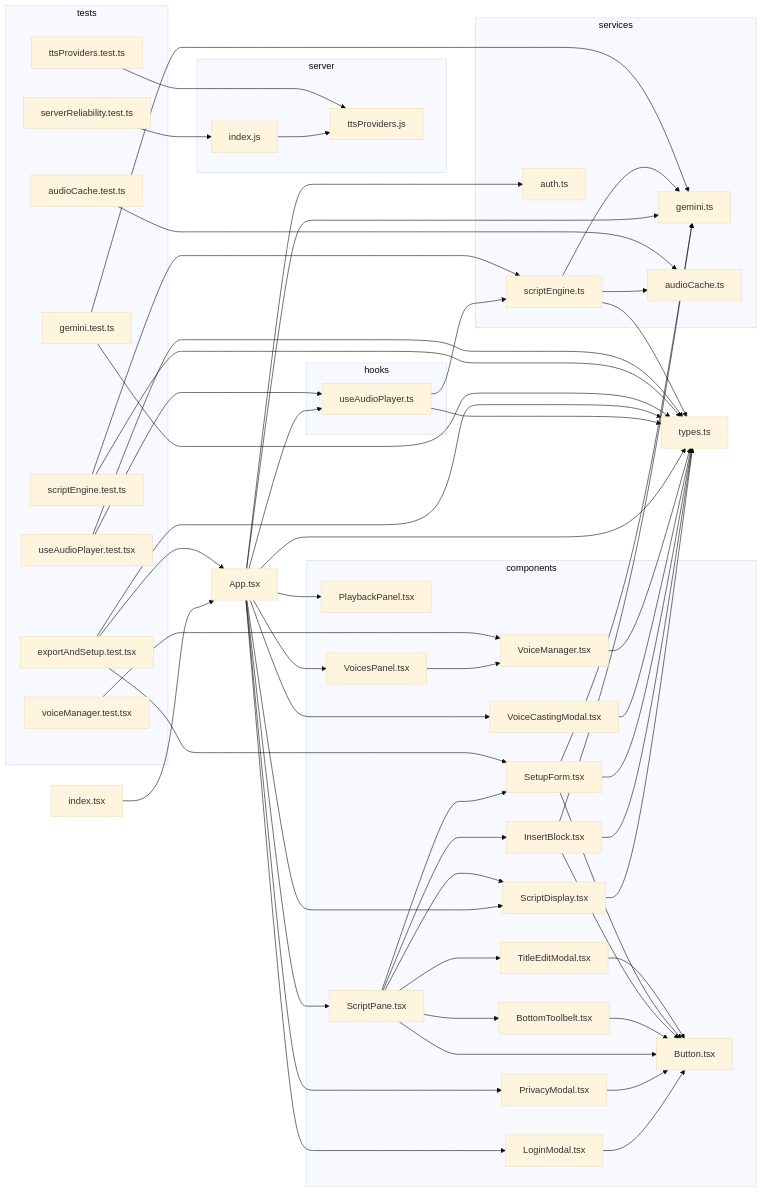
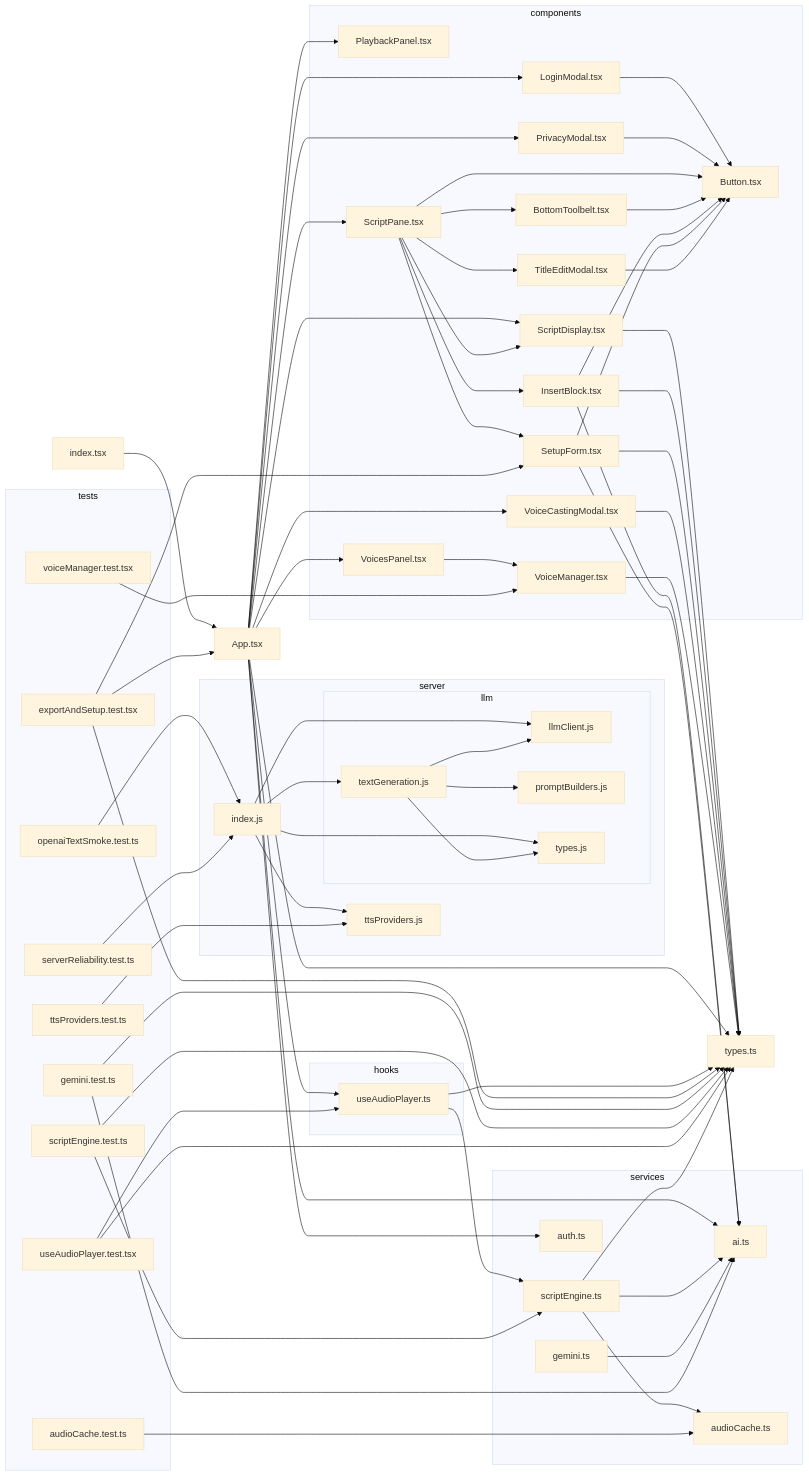
Before and after one commit to seanzmc/Script-Seance: the diagram in docs/dependency-graph.mmd, drawn with Mermaid (base theme).

Commit message:
Update dependency graph for LLM abstraction layer
Reflects the introduction of a modular LLM subsystem on the server,
replacing the single gemini service with an abstract AI service layer
and adding dedicated modules for LLM client, text generation, and
prompt building.

Also adds an OpenAI smoke test and reorganizes node identifiers
to accommodate the new structure.

```diff
--- a/docs/dependency-graph.mmd
+++ b/docs/dependency-graph.mmd
@@ -1,94 +1,110 @@
 flowchart LR
 
 0["App.tsx"]
 subgraph 1["components"]
 2["LoginModal.tsx"]
 3["Button.tsx"]
 4["PlaybackPanel.tsx"]
 5["PrivacyModal.tsx"]
 6["ScriptDisplay.tsx"]
 8["ScriptPane.tsx"]
 9["BottomToolbelt.tsx"]
 A["InsertBlock.tsx"]
 D["SetupForm.tsx"]
 E["TitleEditModal.tsx"]
 F["VoiceCastingModal.tsx"]
 G["VoicesPanel.tsx"]
 H["VoiceManager.tsx"]
 end
 7["types.ts"]
 subgraph B["services"]
-C["gemini.ts"]
+C["ai.ts"]
 K["scriptEngine.ts"]
 L["audioCache.ts"]
 M["auth.ts"]
+W["gemini.ts"]
 end
 subgraph I["hooks"]
 J["useAudioPlayer.ts"]
 end
 N["index.tsx"]
 subgraph O["server"]
 P["index.js"]
-Q["ttsProviders.js"]
+subgraph Q["llm"]
+R["llmClient.js"]
+S["textGeneration.js"]
+T["promptBuilders.js"]
+U["types.js"]
 end
-subgraph R["tests"]
-S["audioCache.test.ts"]
-T["exportAndSetup.test.tsx"]
-U["gemini.test.ts"]
-V["scriptEngine.test.ts"]
-W["serverReliability.test.ts"]
-X["ttsProviders.test.ts"]
-Y["useAudioPlayer.test.tsx"]
-Z["voiceManager.test.tsx"]
+V["ttsProviders.js"]
+end
+subgraph X["tests"]
+Y["audioCache.test.ts"]
+Z["exportAndSetup.test.tsx"]
+10["gemini.test.ts"]
+11["openaiTextSmoke.test.ts"]
+12["scriptEngine.test.ts"]
+13["serverReliability.test.ts"]
+14["ttsProviders.test.ts"]
+15["useAudioPlayer.test.tsx"]
+16["voiceManager.test.tsx"]
 end
 0-->2
 0-->4
 0-->5
 0-->6
 0-->8
 0-->F
 0-->G
 0-->J
+0-->C
 0-->M
-0-->C
 0-->7
 2-->3
 5-->3
 6-->7
 8-->9
 8-->3
 8-->A
 8-->6
 8-->D
 8-->E
 9-->3
 A-->C
 A-->7
 A-->3
 D-->C
 D-->7
 D-->3
 E-->3
 F-->7
 G-->H
 H-->7
 J-->K
 J-->7
 K-->7
+K-->C
 K-->L
-K-->C
 N-->0
-P-->Q
-S-->L
-T-->0
-T-->D
-T-->7
-U-->C
-U-->7
-V-->K
-V-->7
-W-->P
-X-->Q
-Y-->J
-Y-->7
-Z-->H
+P-->R
+P-->S
+P-->U
+P-->V
+S-->R
+S-->T
+S-->U
+W-->C
+Y-->L
+Z-->0
+Z-->D
+Z-->7
+10-->C
+10-->7
+11-->P
+12-->K
+12-->7
+13-->P
+14-->V
+15-->J
+15-->7
+16-->H
```
